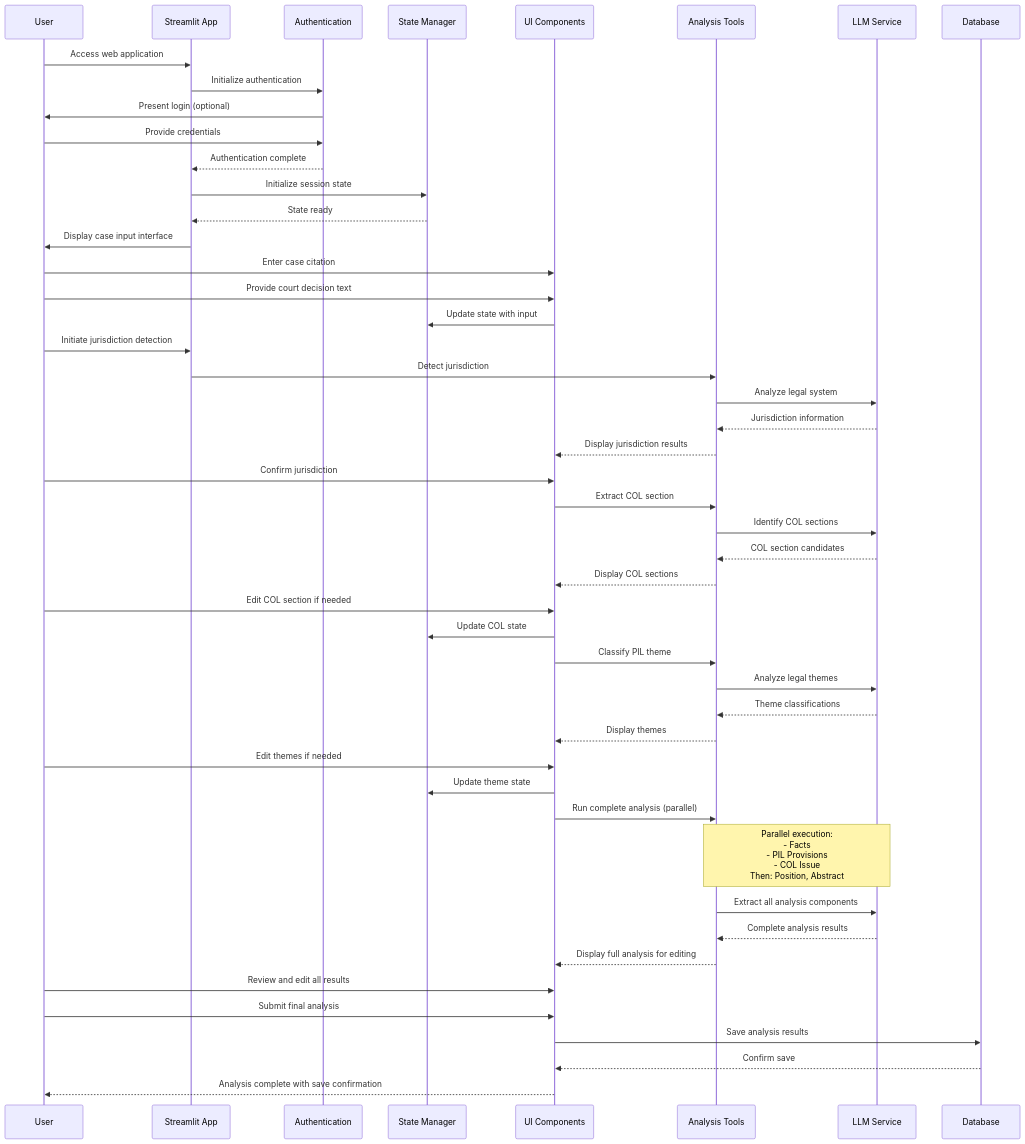
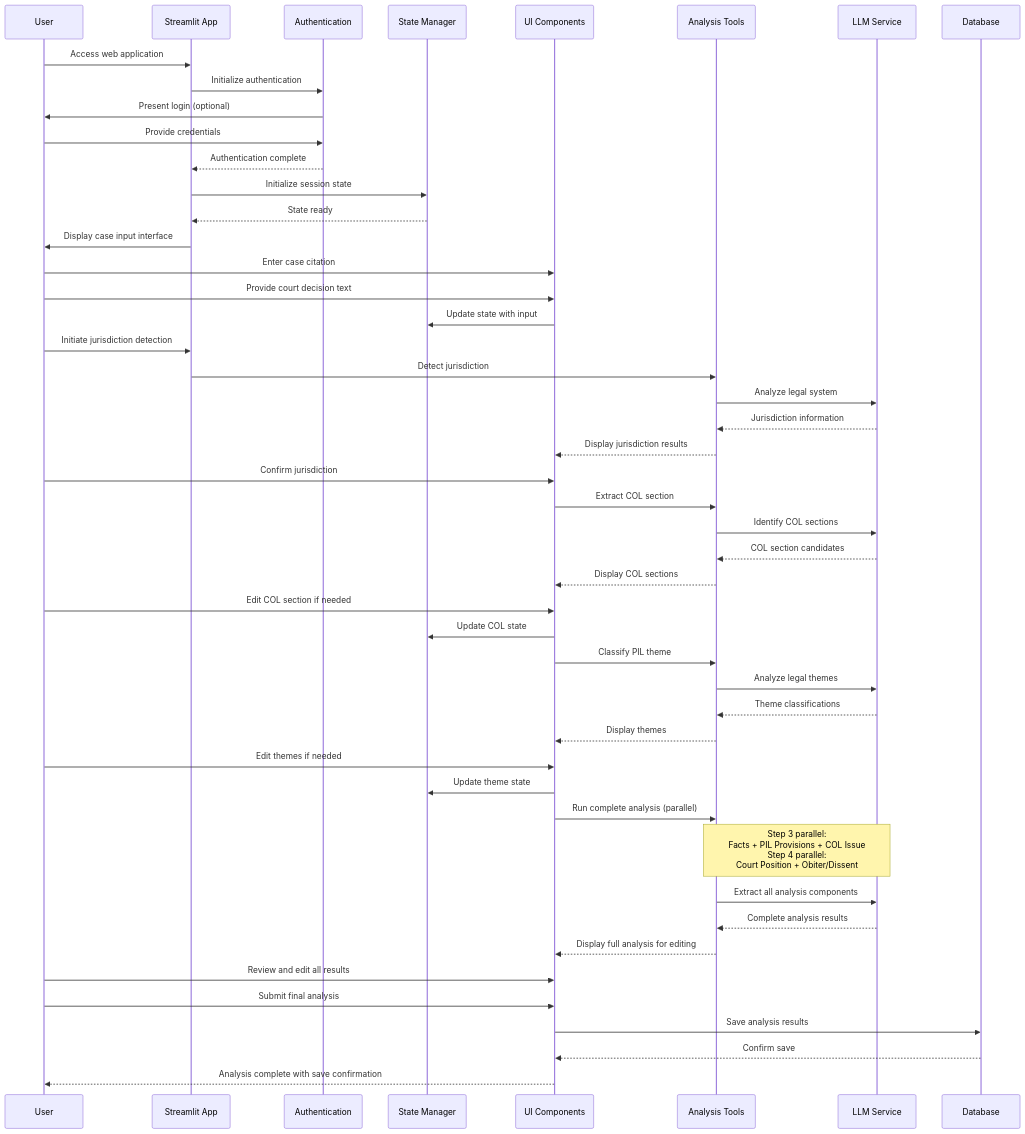
One commit to Choice-of-Law-Dataverse/cold-case-analysis changed the fourth of 8 diagrams in docs/WORKFLOWS.md. Above: the diagram before and after it, drawn with Mermaid. The commit also changed other lines of this file and 21 other files, not shown here.

First line of the commit message:
feat: workflow to generator pattern with automatic execution, parallel processing, standardized parameter naming, and typed output passing (#69)

````diff
--- a/docs/WORKFLOWS.md
+++ b/docs/WORKFLOWS.md
@@ -212,59 +224,59 @@
 ```mermaid
 sequenceDiagram
     participant User
     participant App as Streamlit App
     participant Auth as Authentication
     participant StateManager as State Manager
     participant Components as UI Components
     participant Tools as Analysis Tools
     participant LLM as LLM Service
     participant DB as Database
 
     User->>App: Access web application
     App->>Auth: Initialize authentication
     Auth->>User: Present login (optional)
     User->>Auth: Provide credentials
     Auth-->>App: Authentication complete
     
     App->>StateManager: Initialize session state
     StateManager-->>App: State ready
     
     App->>User: Display case input interface
     User->>Components: Enter case citation
     User->>Components: Provide court decision text
     Components->>StateManager: Update state with input
     
     User->>App: Initiate jurisdiction detection
     App->>Tools: Detect jurisdiction
     Tools->>LLM: Analyze legal system
     LLM-->>Tools: Jurisdiction information
     Tools-->>Components: Display jurisdiction results
     User->>Components: Confirm jurisdiction
     
     Components->>Tools: Extract COL section
     Tools->>LLM: Identify COL sections
     LLM-->>Tools: COL section candidates
     Tools-->>Components: Display COL sections
     User->>Components: Edit COL section if needed
     Components->>StateManager: Update COL state
     
     Components->>Tools: Classify PIL theme
     Tools->>LLM: Analyze legal themes
     LLM-->>Tools: Theme classifications
     Tools-->>Components: Display themes
     User->>Components: Edit themes if needed
     Components->>StateManager: Update theme state
 
     Components->>Tools: Run complete analysis (parallel)
-    Note over Tools,LLM: Parallel execution:<br/>- Facts<br/>- PIL Provisions<br/>- COL Issue<br/>Then: Position, Abstract
+    Note over Tools,LLM: Step 3 parallel:<br/>Facts + PIL Provisions + COL Issue<br/>Step 4 parallel:<br/>Court Position + Obiter/Dissent
     Tools->>LLM: Extract all analysis components
     LLM-->>Tools: Complete analysis results
     Tools-->>Components: Display full analysis for editing
 
     User->>Components: Review and edit all results
     User->>Components: Submit final analysis
 
     Components->>DB: Save analysis results
     DB-->>Components: Confirm save
     Components-->>User: Analysis complete with save confirmation
 ```
````
